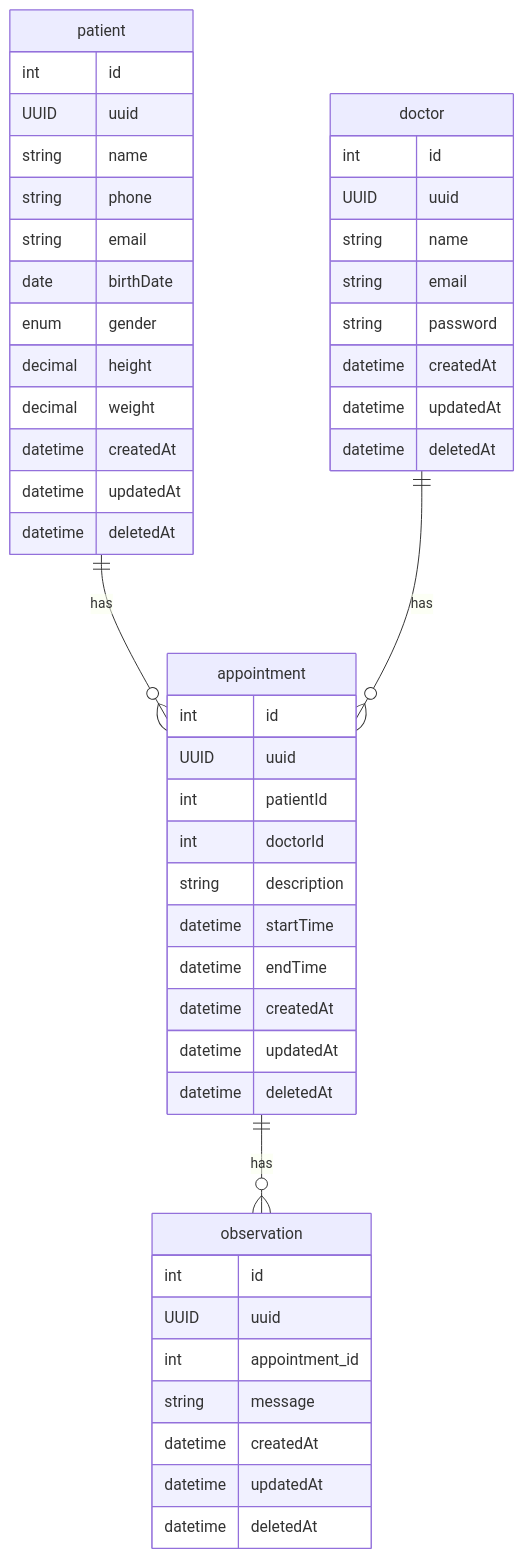
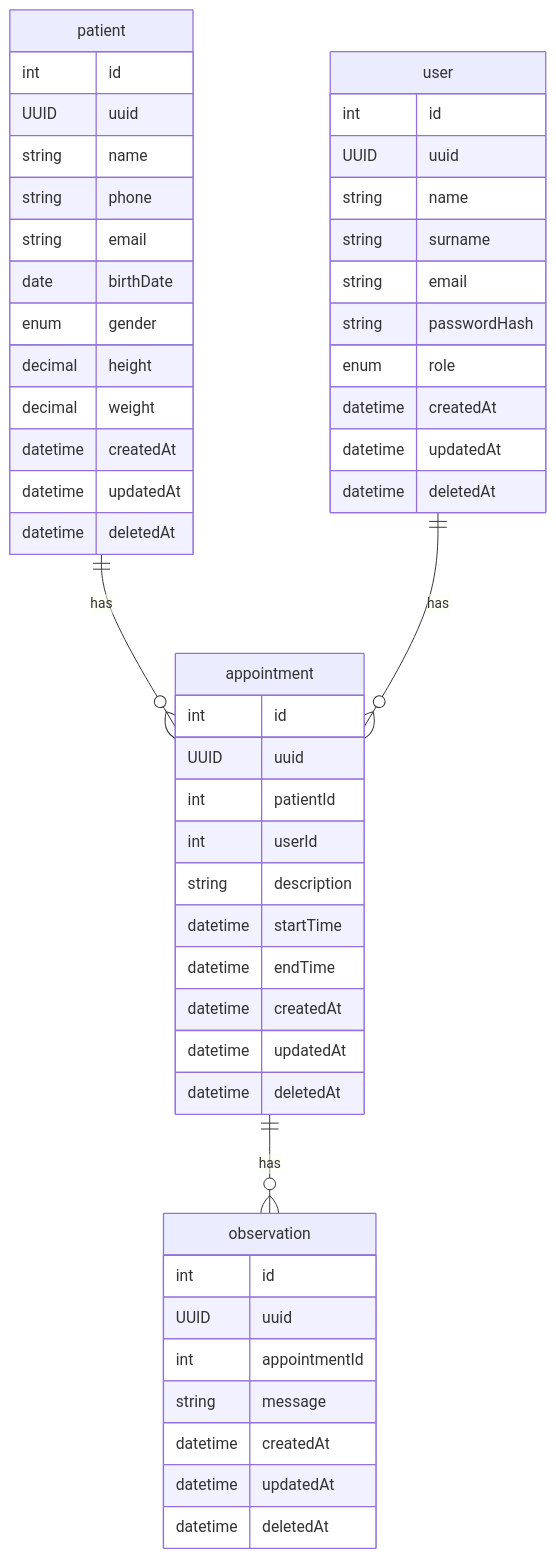
Before and after one commit to engproduct/nestjs-planner-api: the third of 3 diagrams in docs/architecture.md, drawn with Mermaid. The commit also changed other lines of this file and 3 other files, not shown here.

Commit message:
docs: adding user entity with role doctor

````diff
--- a/docs/architecture.md
+++ b/docs/architecture.md
@@ -103,52 +135,58 @@
 ```mermaid
 erDiagram
+
     patient {
         int id
         UUID uuid
         string name
         string phone
         string email
         date birthDate
         enum gender
         decimal height
         decimal weight
         datetime createdAt
         datetime updatedAt
         datetime deletedAt
     }
+
+    user {
+        int id
+        UUID uuid
+        string name
+        string surname
+        string email
+        string passwordHash
+        enum role
+        datetime createdAt
+        datetime updatedAt
+        datetime deletedAt
+    }
+
     appointment {
         int id
         UUID uuid
         int patientId
-        int doctorId
+        int userId
         string description
         datetime startTime
         datetime endTime
         datetime createdAt
         datetime updatedAt
         datetime deletedAt
     }
-    doctor {
-        int id
-        UUID uuid
-        string name
-        string email
-        string password
-        datetime createdAt
-        datetime updatedAt
-        datetime deletedAt
-    }
+
     observation {
         int id
         UUID uuid
-        int appointment_id
+        int appointmentId
         string message
         datetime createdAt
         datetime updatedAt
         datetime deletedAt
     }
 
     patient ||--o{ appointment : has
-    doctor ||--o{ appointment : has
+    user ||--o{ appointment : has
     appointment ||--o{ observation : has
 ```
````
